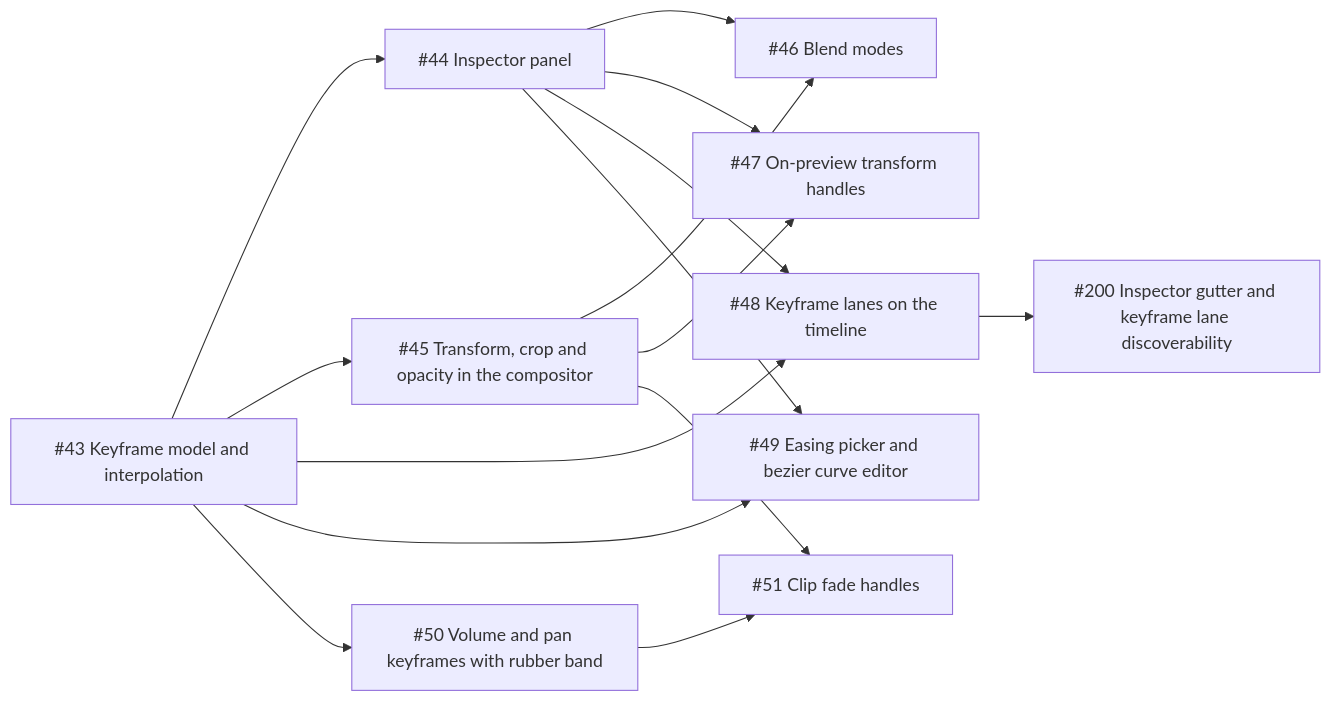
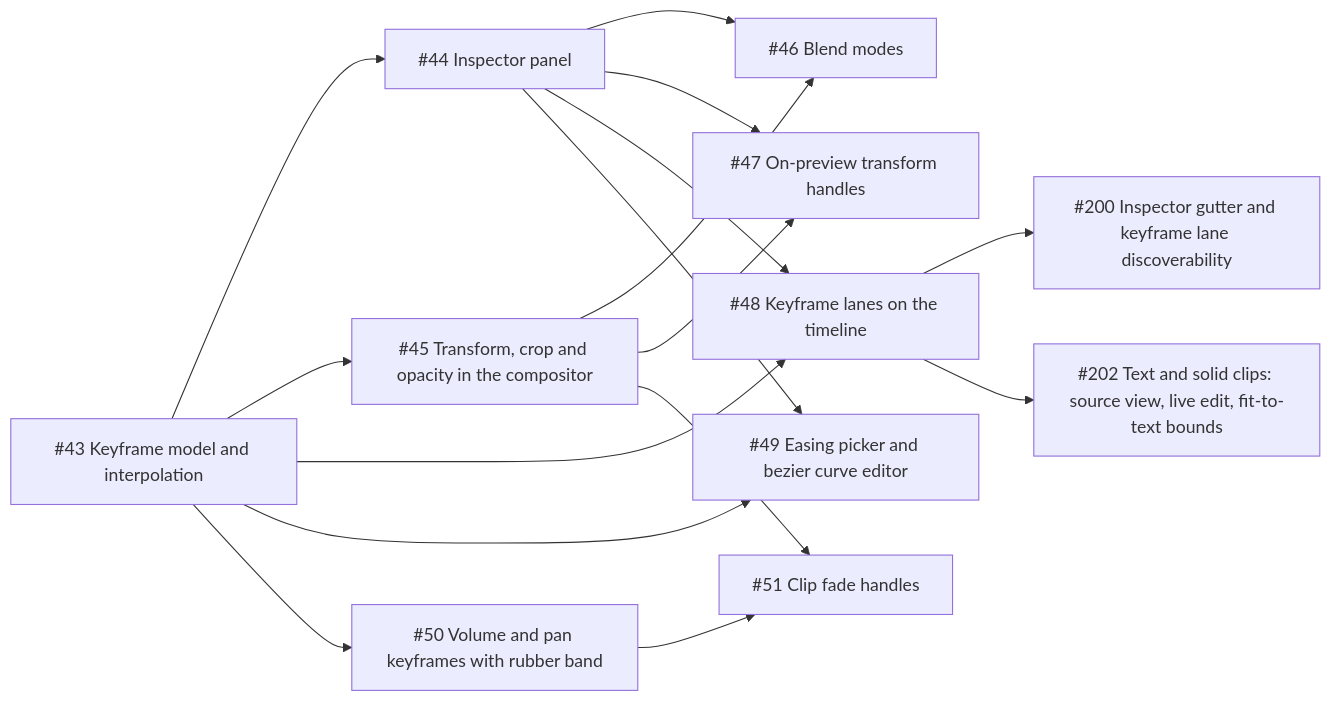
One commit to jarradbanks/jvid changed the fourth of 7 diagrams in docs/ROADMAP.md. Above: the diagram before and after it, drawn with Mermaid. The commit also changed other lines of this file and 2 other files, not shown here.

Commit message:
Roadmap: text and solid fixes from user test

````diff
--- a/docs/ROADMAP.md
+++ b/docs/ROADMAP.md
@@ -242,27 +242,29 @@
 ```mermaid
 flowchart LR
   keyframes["#35;43 Keyframe model and interpolation"]
   inspector["#35;44 Inspector panel"]
   transform["#35;45 Transform, crop and opacity in the compositor"]
   blend["#35;46 Blend modes"]
   gizmo["#35;47 On-preview transform handles"]
   keyframe_lanes["#35;48 Keyframe lanes on the timeline"]
   easing_ui["#35;49 Easing picker and bezier curve editor"]
   audio_keys["#35;50 Volume and pan keyframes with rubber band"]
   fades["#35;51 Clip fade handles"]
   kf_discover["#35;200 Inspector gutter and keyframe lane discoverability"]
+  text_solid_fixes["#35;202 Text and solid clips: source view, live edit, fit-to-text bounds"]
   keyframes --> inspector
   keyframes --> transform
   transform --> blend
   inspector --> blend
   transform --> gizmo
   inspector --> gizmo
   keyframes --> keyframe_lanes
   inspector --> keyframe_lanes
   keyframes --> easing_ui
   inspector --> easing_ui
   keyframes --> audio_keys
   audio_keys --> fades
   transform --> fades
   keyframe_lanes --> kf_discover
+  keyframe_lanes --> text_solid_fixes
 ```
````
